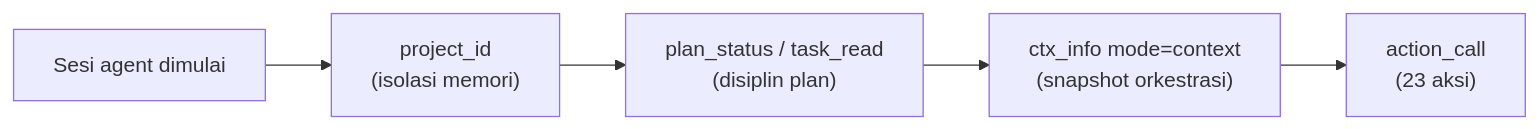
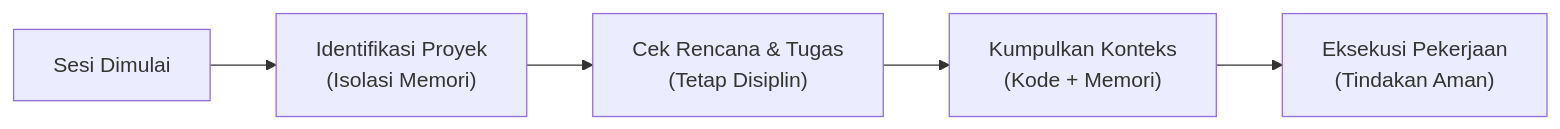
Before and after one commit to awsomplak/awlab-ai-assistant: the second of 2 diagrams in README_ID.md, drawn with Mermaid. The commit also changed other lines of this file and 27 other files, not shown here.

````diff
--- a/README_ID.md
+++ b/README_ID.md
@@ -83,7 +88,7 @@
 ```mermaid
 graph LR
-  A["Sesi agent dimulai"] --> B["project_id<br/>(isolasi memori)"]
-  B --> C["plan_status / task_read<br/>(disiplin plan)"]
-  C --> D["ctx_info mode=context<br/>(snapshot orkestrasi)"]
-  D --> E["action_call<br/>(23 aksi)"]
+  A["Sesi Dimulai"] --> B["Identifikasi Proyek<br/>(Isolasi Memori)"]
+  B --> C["Cek Rencana & Tugas<br/>(Tetap Disiplin)"]
+  C --> D["Kumpulkan Konteks<br/>(Kode + Memori)"]
+  D --> E["Eksekusi Pekerjaan<br/>(Tindakan Aman)"]
 ```
````
